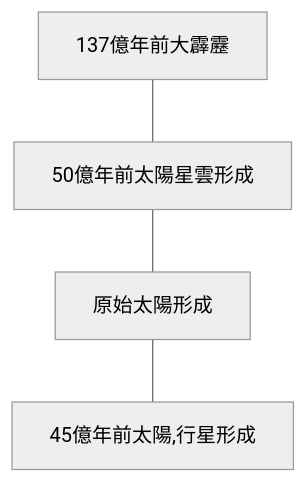
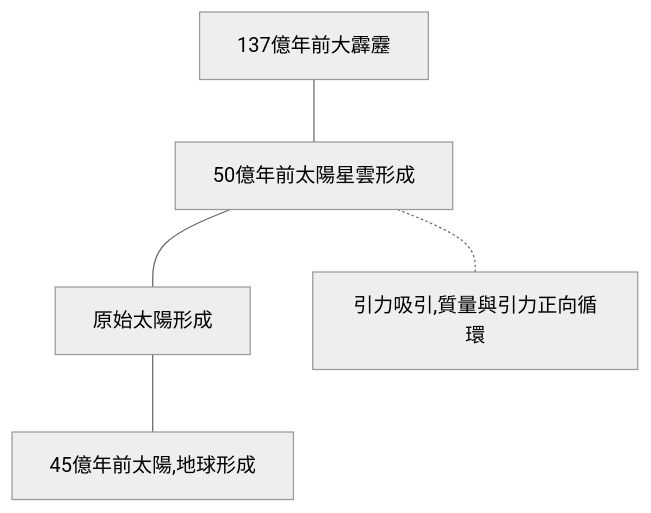
The diagram in Zettelkasten/太陽星雲說.md (Ethane1755/Obsidian), drawn with Mermaid (neutral theme) before and after one commit. The commit also changed other lines of this file and 3 other files, not shown here.

````diff
--- a/Zettelkasten/太陽星雲說.md
+++ b/Zettelkasten/太陽星雲說.md
@@ -2,4 +2,5 @@
 ```mermaid
 graph TD
-137億年前大霹靂---50億年前太陽星雲形成---原始太陽形成---45億年前太陽,行星形成
+137億年前大霹靂---50億年前太陽星雲形成---原始太陽形成---45億年前太陽,地球形成
+50億年前太陽星雲形成-.-引力吸引,質量與引力正向循環
 ```
````
